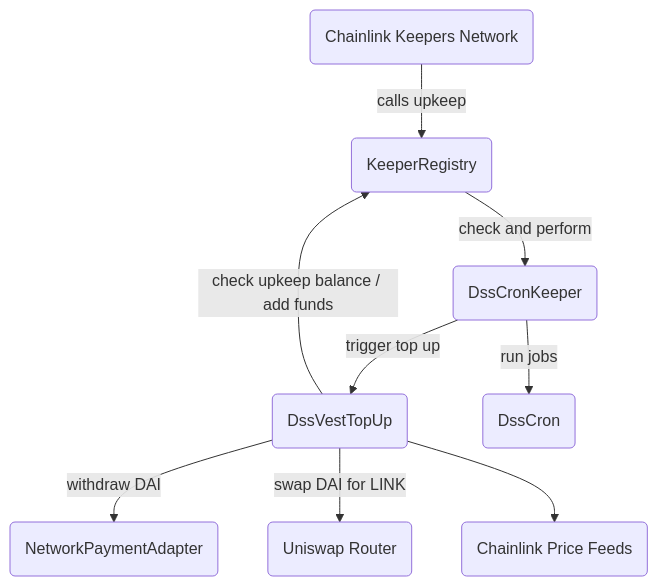
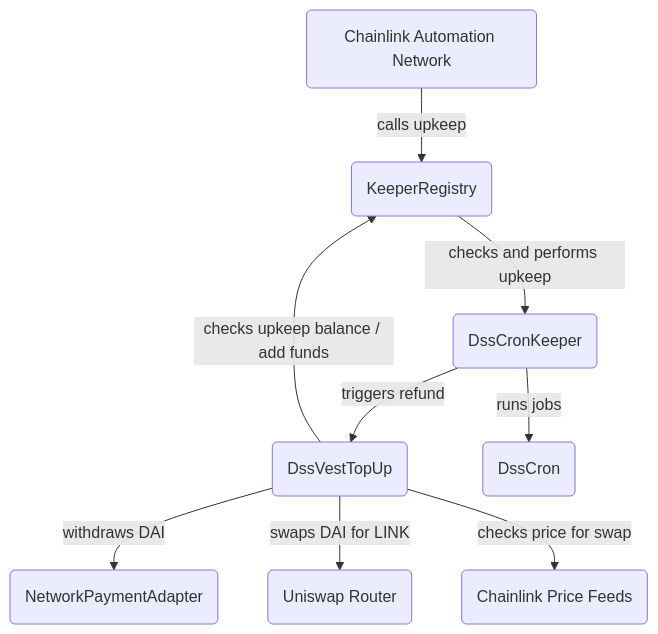
The diagram in README.md (hackbg/chainlink-makerdao-automation), drawn with Mermaid before and after one commit. The commit also changed other lines of this file, not shown here.

````diff
--- a/README.md
+++ b/README.md
@@ -21,11 +21,11 @@
 ```mermaid
 graph TD
- A(Chainlink Keepers Network) -->|calls upkeep| B(KeeperRegistry)
- B -->|check and perform| C(DssCronKeeper)
- C -->|trigger top up| D(DssVestTopUp)
- C -->|run jobs| E(DssCron)
- D -->|withdraw DAI| F(NetworkPaymentAdapter)
- D -->|check upkeep balance / add funds| B
- D -->|swap DAI for LINK| H(Uniswap Router)
- D -->I(Chainlink Price Feeds)
+ A(Chainlink Automation Network) -->|calls upkeep| B(KeeperRegistry)
+ B -->|checks and performs upkeep| C(DssCronKeeper)
+ C -->|triggers refund| D(DssVestTopUp)
+ C -->|runs jobs| E(DssCron)
+ D -->|withdraws DAI| F(NetworkPaymentAdapter)
+ D -->|checks upkeep balance / add funds| B
+ D -->|swaps DAI for LINK| H(Uniswap Router)
+ D -->|checks price for swap|I(Chainlink Price Feeds)
 ```
````
